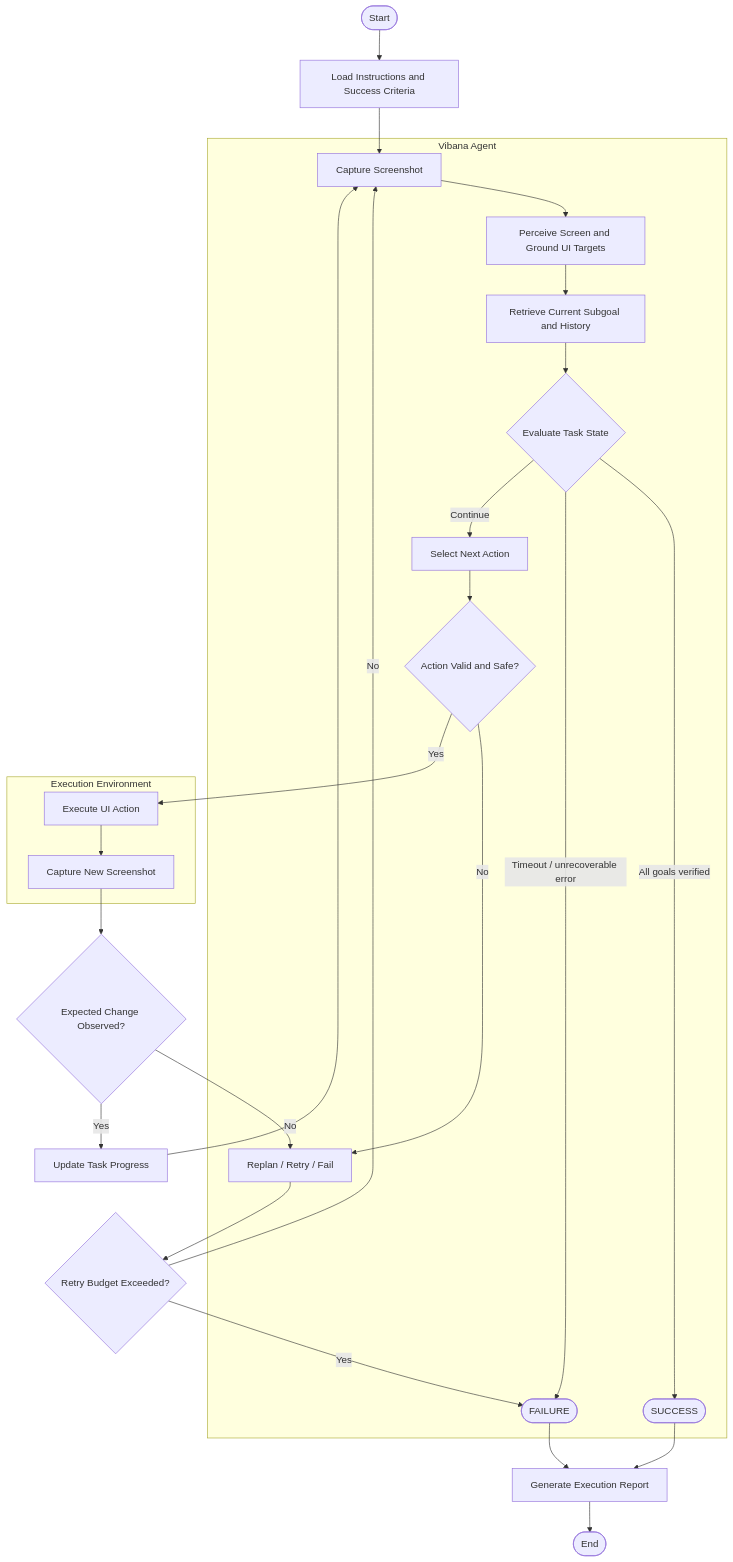
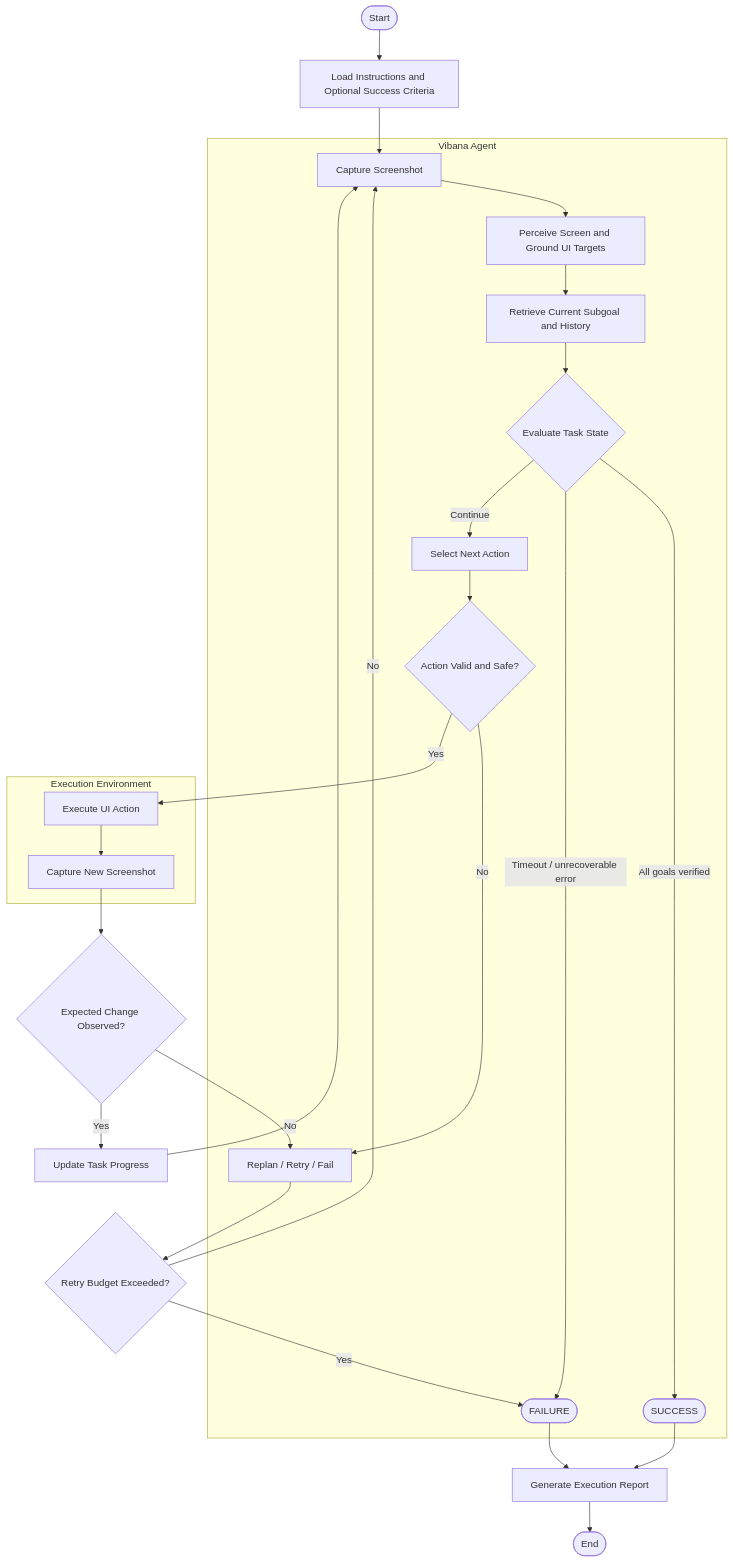
Before and after one commit to weecici/vibana-agent: the diagram in README.md, drawn with Mermaid. The commit also changed other lines of this file and 21 other files, not shown here.

````diff
--- a/README.md
+++ b/README.md
@@ -19,32 +19,32 @@
 ```mermaid
 flowchart TD
-    START([Start]) --> TASK["Load Instructions and Success Criteria"]
+    START([Start]) --> TASK["Load Instructions and Optional Success Criteria"]
     TASK --> OBS["Capture Screenshot"]
 
     subgraph AGENT["Vibana Agent"]
       OBS --> PERCEIVE["Perceive Screen and Ground UI Targets"]
       PERCEIVE --> TRACK["Retrieve Current Subgoal and History"]
       TRACK --> STATUS{"Evaluate Task State"}
       STATUS -->|All goals verified| PASS(["SUCCESS"])
       STATUS -->|Timeout / unrecoverable error| FAIL(["FAILURE"])
       STATUS -->|Continue| PLAN["Select Next Action"]
       PLAN --> VALID{"Action Valid and Safe?"}
       VALID -->|No| RECOVER["Replan / Retry / Fail"]
     end
 
     subgraph ENV["Execution Environment"]
       VALID -->|Yes| EXEC["Execute UI Action"]
       EXEC --> CAPTURE["Capture New Screenshot"]
     end
 
     CAPTURE --> VERIFY{"Expected Change Observed?"}
     VERIFY -->|Yes| UPDATE["Update Task Progress"]
     VERIFY -->|No| RECOVER
     UPDATE --> OBS
     RECOVER --> LIMIT{"Retry Budget Exceeded?"}
     LIMIT -->|No| OBS
     LIMIT -->|Yes| FAIL
     PASS --> REPORT["Generate Execution Report"]
     FAIL --> REPORT
     REPORT --> END([End])
 ```
````
